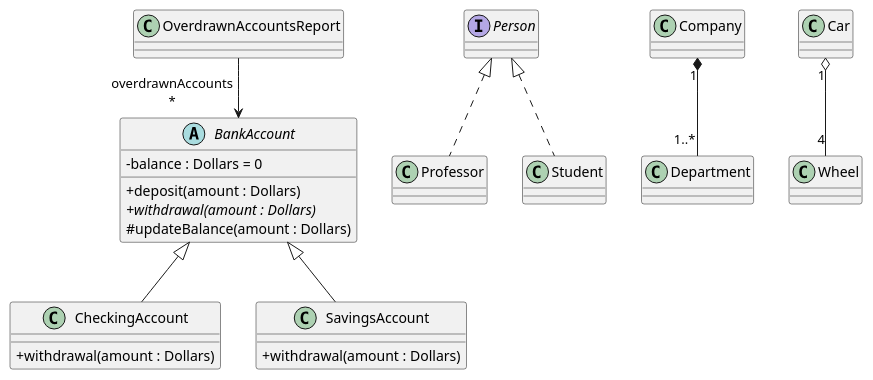
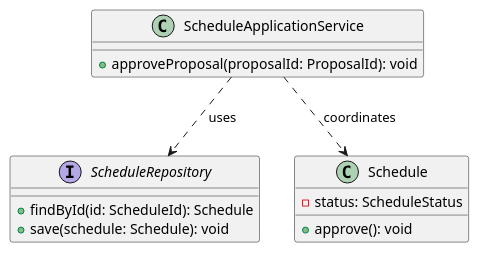
One commit to Coffat/FocusFlow changed the fourth of 5 diagrams in .agents/skills/class-diagram-designer/references/plantuml-templates.md. Above: the diagram before and after it, drawn with PlantUML. The commit also changed other lines of this file and 12 other files, not shown here.

Commit message:
chore(skills): upgrade class-diagram-designer skill with DDD profiles and guidelines

````diff
--- a/.agents/skills/class-diagram-designer/references/plantuml-templates.md
+++ b/.agents/skills/class-diagram-designer/references/plantuml-templates.md
@@ -85,37 +102,20 @@
 ```plantuml
 @startuml
-skinparam classAttributeIconSize 0
+interface ScheduleRepository {
+  +findById(id: ScheduleId): Schedule
+  +save(schedule: Schedule): void
+}
 
-abstract class BankAccount {
-  - balance : Dollars = 0
-  + deposit(amount : Dollars)
-  {abstract} +withdrawal(amount : Dollars)
-  # updateBalance(amount : Dollars)
+class ScheduleApplicationService {
+  +approveProposal(proposalId: ProposalId): void
 }
-class CheckingAccount {
-  + withdrawal(amount : Dollars)
+
+class Schedule {
+  -status: ScheduleStatus
+  +approve(): void
 }
-class SavingsAccount {
-  + withdrawal(amount : Dollars)
-}
-BankAccount <|-- CheckingAccount
-BankAccount <|-- SavingsAccount
 
-class OverdrawnAccountsReport
-OverdrawnAccountsReport --> "overdrawnAccounts\n*" BankAccount
-
-interface Person
-class Professor
-class Student
-Person <|.. Professor
-Person <|.. Student
-
-class Company
-class Department
-Company "1" *-- "1..*" Department
-
-class Car
-class Wheel
-Car "1" o-- "4" Wheel
+ScheduleApplicationService ..> ScheduleRepository : uses
+ScheduleApplicationService ..> Schedule : coordinates
 @enduml
 ```
````
